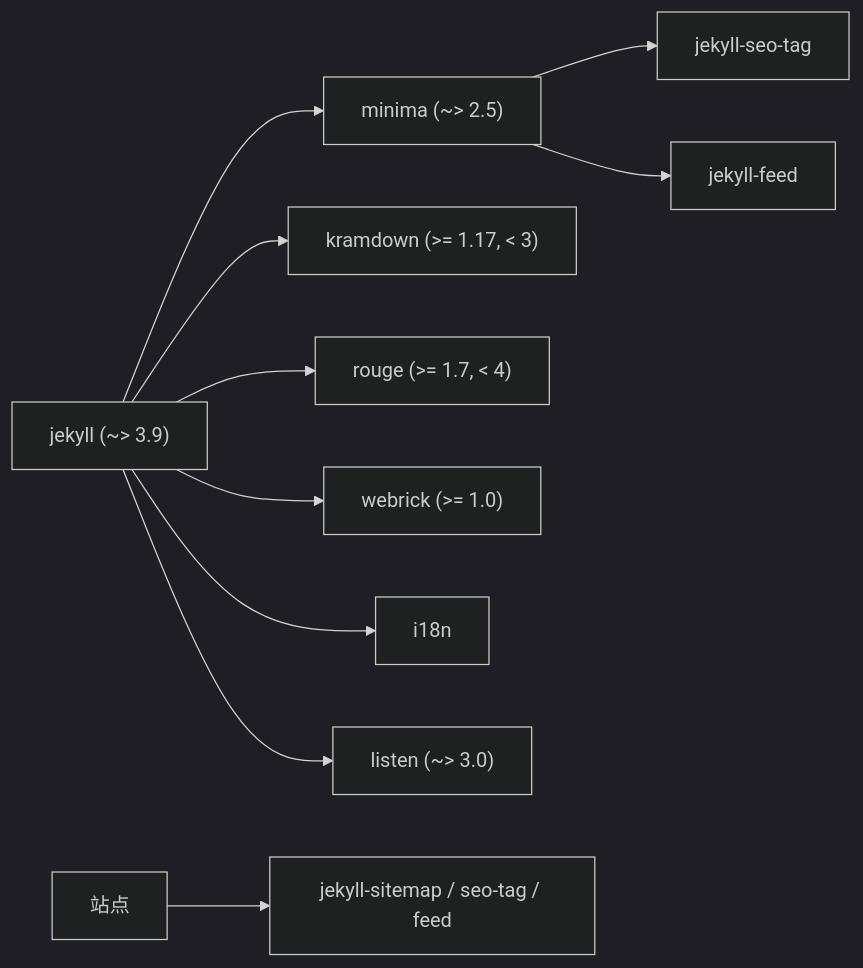
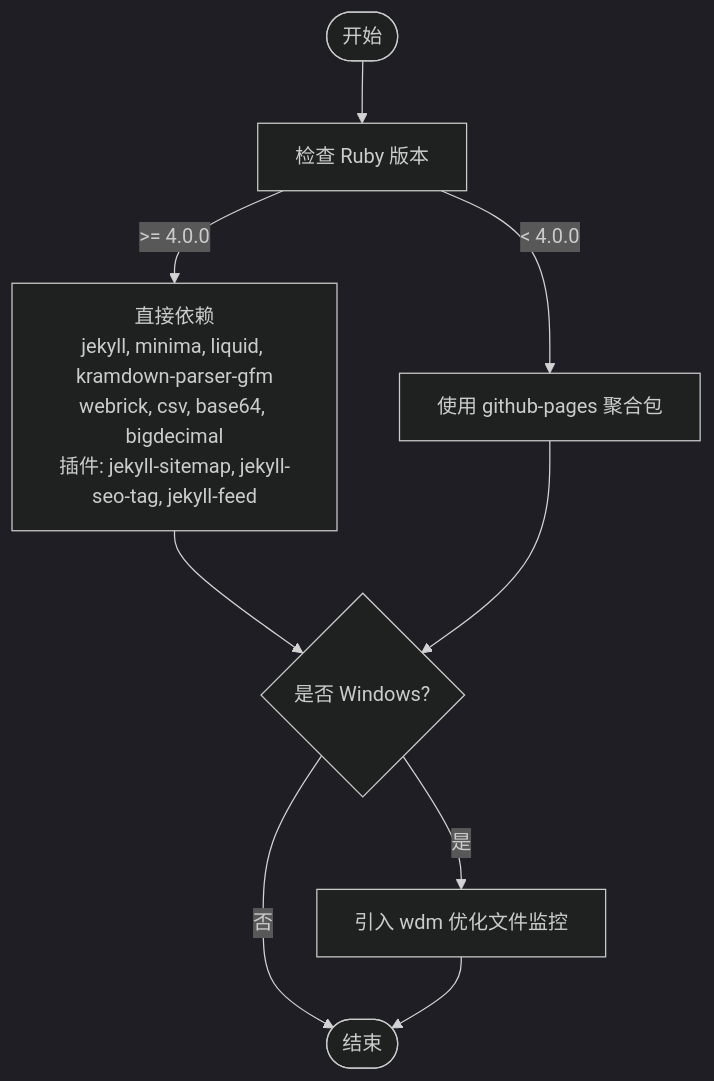
Before and after one commit to LZC6244/lzc6244.github.io: the third of 3 diagrams in .qoder/repowiki/zh/content/快速开始.md, drawn with Mermaid (dark theme). The commit also changed other lines of this file and 104 other files, not shown here.

````diff
--- a/.qoder/repowiki/zh/content/快速开始.md
+++ b/.qoder/repowiki/zh/content/快速开始.md
@@ -153,12 +149,11 @@
 ```mermaid
-graph LR
-Jekyll["jekyll (~> 3.9)"] --> Minima["minima (~> 2.5)"]
-Jekyll --> Kramdown["kramdown (>= 1.17, < 3)"]
-Jekyll --> Rouge["rouge (>= 1.7, < 4)"]
-Jekyll --> Webrick["webrick (>= 1.0)"]
-Jekyll --> I18n["i18n"]
-Jekyll --> Listen["listen (~> 3.0)"]
-Minima --> SeoTag["jekyll-seo-tag"]
-Minima --> Feed["jekyll-feed"]
-Site["站点"] --> Plugins["jekyll-sitemap / seo-tag / feed"]
+flowchart TD
+Start(["开始"]) --> Check["检查 Ruby 版本"]
+Check --> |>= 4.0.0| Direct["直接依赖<br/>jekyll, minima, liquid, kramdown-parser-gfm<br/>webrick, csv, base64, bigdecimal<br/>插件: jekyll-sitemap, jekyll-seo-tag, jekyll-feed"]
+Check --> |< 4.0.0| Agg["使用 github-pages 聚合包"]
+Direct --> WinCheck{"是否 Windows?"}
+Agg --> WinCheck
+WinCheck --> |是| Wdm["引入 wdm 优化文件监控"]
+WinCheck --> |否| End(["结束"])
+Wdm --> End
 ```
````
